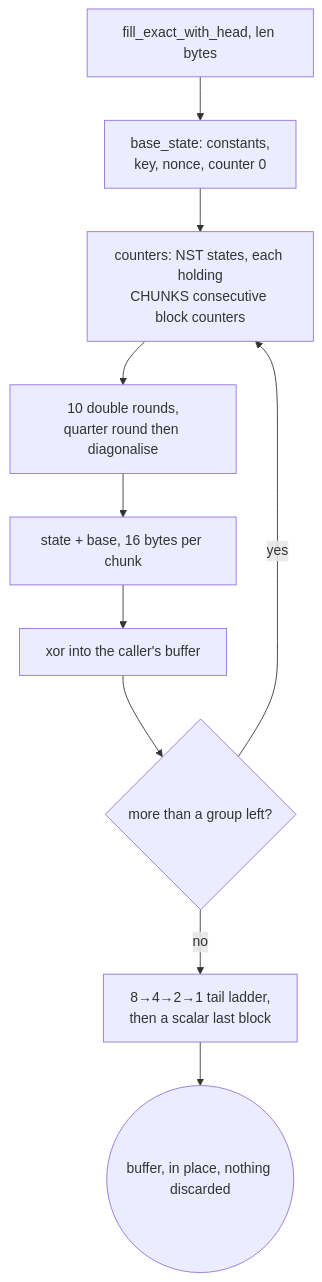
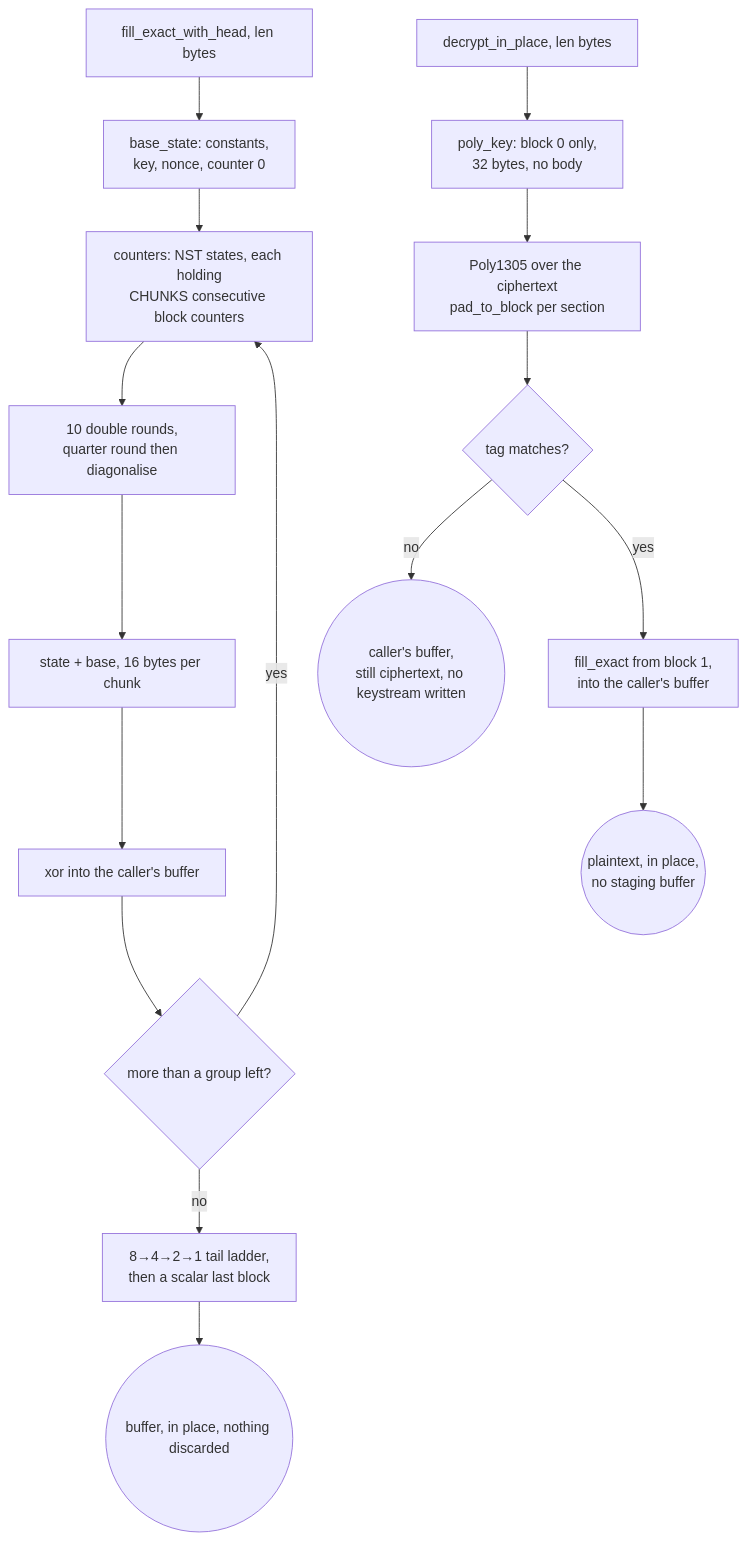
The diagram in docs/function/record-layer.md (TheGorgeousIvorChival/ferrox), drawn with Mermaid before and after one commit. The commit also changed other lines of this file and 21 other files, not shown here.

````diff
--- a/docs/function/record-layer.md
+++ b/docs/function/record-layer.md
@@ -26,12 +26,18 @@
 ```mermaid
 graph TD
     A["fill_exact_with_head, len bytes"] --> B["base_state: constants,<br/>key, nonce, counter 0"]
     B --> C["counters: NST states, each holding<br/>CHUNKS consecutive block counters"]
     C --> D["10 double rounds,<br/>quarter round then diagonalise"]
     D --> E["state + base, 16 bytes per chunk"]
     E --> F["xor into the caller's buffer"]
     F --> G{"more than a group left?"}
     G -- yes --> C
     G -- no --> H["8→4→2→1 tail ladder,<br/>then a scalar last block"]
     H --> I(("buffer, in place, nothing discarded"))
+    J["decrypt_in_place, len bytes"] --> K["poly_key: block 0 only,<br/>32 bytes, no body"]
+    K --> L["Poly1305 over the ciphertext<br/>pad_to_block per section"]
+    L --> M{"tag matches?"}
+    M -- no --> N(("caller's buffer,<br/>still ciphertext, no keystream written"))
+    M -- yes --> O["fill_exact from block 1,<br/>into the caller's buffer"]
+    O --> P(("plaintext, in place,<br/>no staging buffer"))
 ```
````
